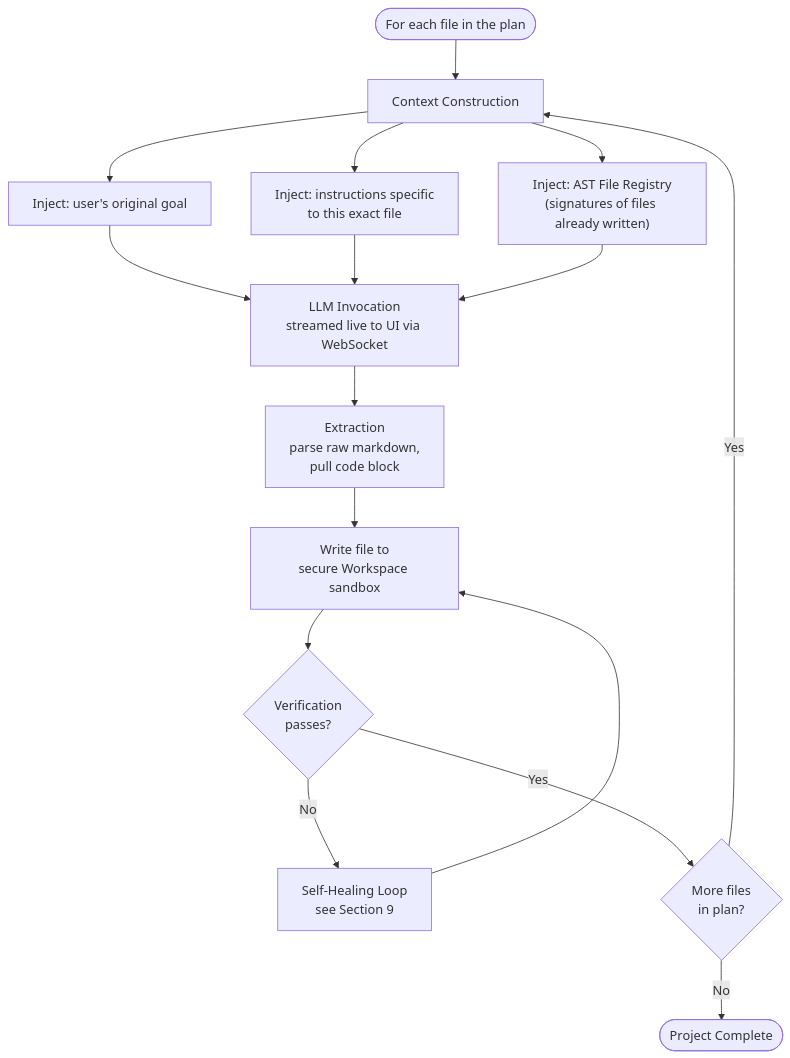
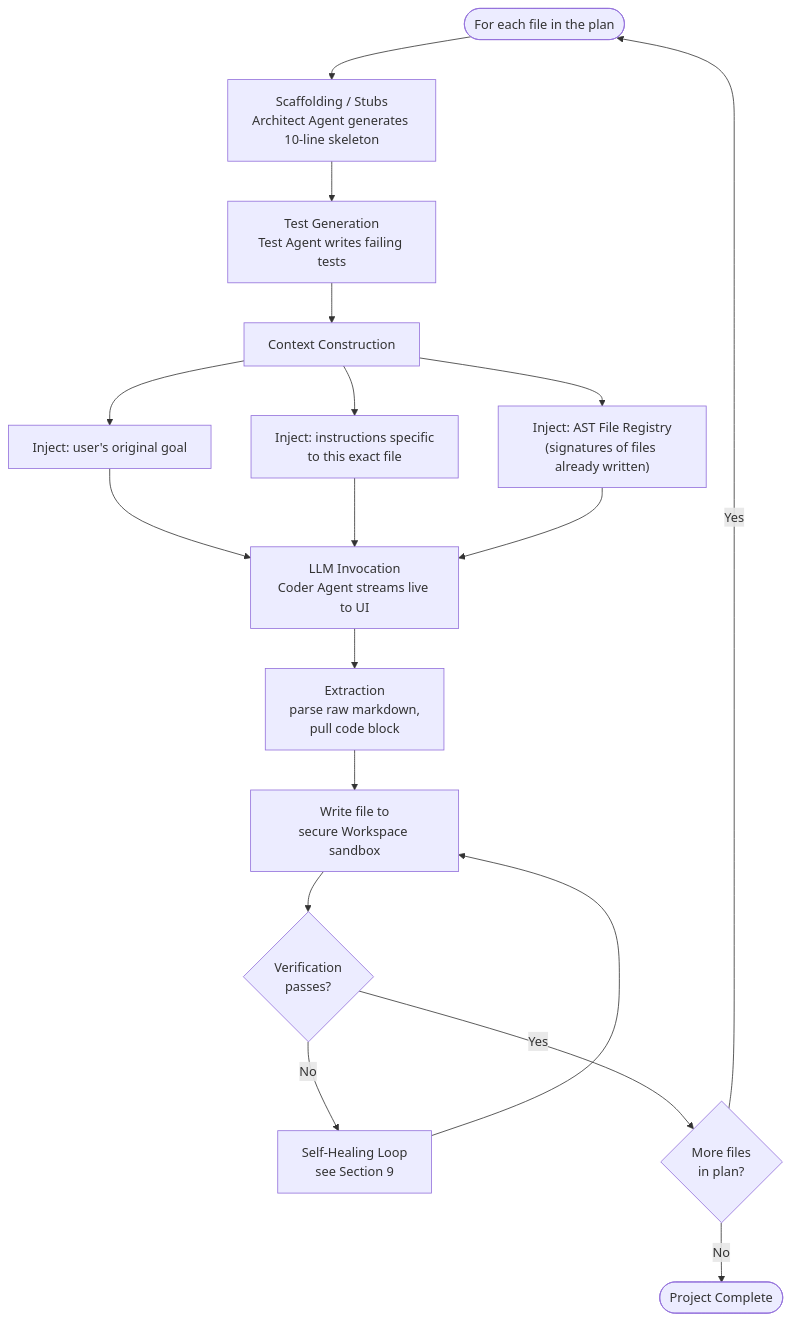
The seventh of 11 diagrams in Context_Agent_Approach_Document.md (abhinav-vasudevan/Context-agent), drawn with Mermaid before and after one commit. The commit also changed other lines of this file and 24 other files, not shown here.

````diff
--- a/Context_Agent_Approach_Document.md
+++ b/Context_Agent_Approach_Document.md
@@ -281,16 +294,18 @@
 ```mermaid
 flowchart TD
-    Start([For each file in the plan]) --> CC[Context Construction]
+    Start([For each file in the plan]) --> Scaff[Scaffolding / Stubs<br/>Architect Agent generates 10-line skeleton]
+    Scaff --> TestGen[Test Generation<br/>Test Agent writes failing tests]
+    TestGen --> CC[Context Construction]
     CC --> CC1["Inject: user's original goal"]
     CC --> CC2["Inject: instructions specific<br/>to this exact file"]
     CC --> CC3["Inject: AST File Registry<br/>(signatures of files already written)"]
-    CC1 & CC2 & CC3 --> Inv[LLM Invocation<br/>streamed live to UI via WebSocket]
+    CC1 & CC2 & CC3 --> Inv[LLM Invocation<br/>Coder Agent streams live to UI]
     Inv --> Ext[Extraction<br/>parse raw markdown,<br/>pull code block]
     Ext --> Write[Write file to<br/>secure Workspace sandbox]
     Write --> Verify{Verification<br/>passes?}
     Verify -->|No| FixLoop[Self-Healing Loop<br/>see Section 9]
     FixLoop --> Write
     Verify -->|Yes| Next{More files<br/>in plan?}
-    Next -->|Yes| CC
+    Next -->|Yes| Start
     Next -->|No| Done([Project Complete])
 ```
````
